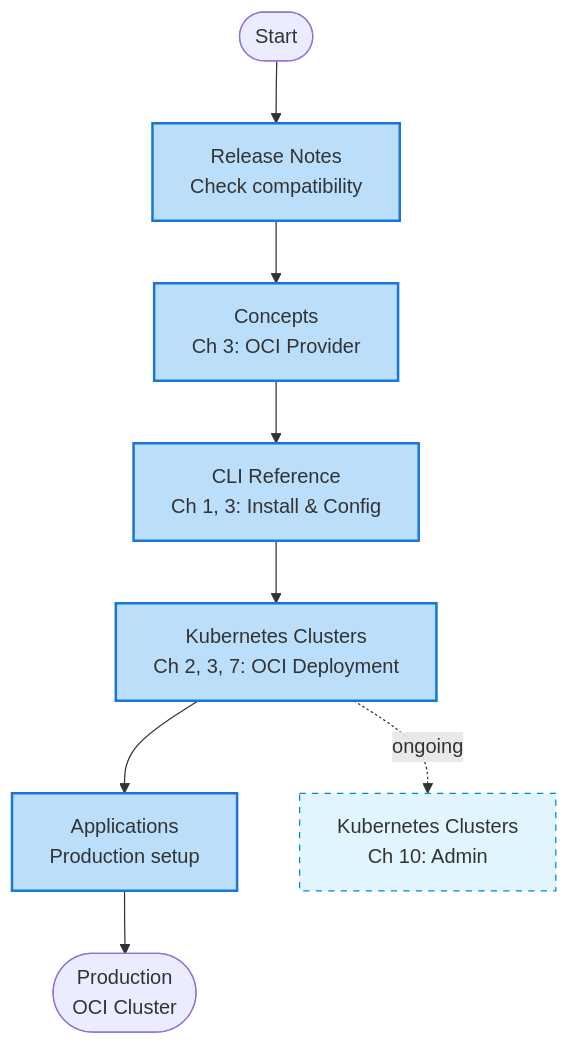
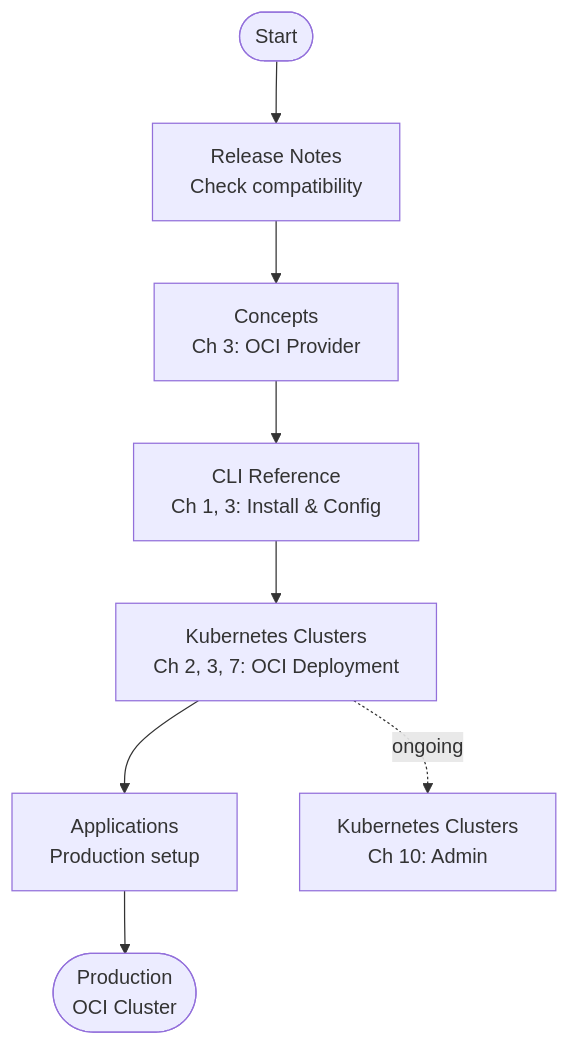
One commit to alison-holloway/alison-holloway.github.io changed the fourth of 8 diagrams in _portfolio/ocne2_information_architecture.md. Above: the diagram before and after it, drawn with Mermaid. The commit also changed other lines of this file and 3 other files, not shown here.

First line of the commit message:
Add Mermaid diagram formatting system and apply new template styling

````diff
--- a/_portfolio/ocne2_information_architecture.md
+++ b/_portfolio/ocne2_information_architecture.md
@@ -184,17 +143,12 @@
 ```mermaid
-%%{init: {"theme": "default"}}%%
 flowchart TB
-    Start([Start]) --> RN["Release Notes<br/>Check compatibility"]
-    RN --> CON["Concepts<br/>Ch 3: OCI Provider"]
-    CON --> CLI["CLI Reference<br/>Ch 1, 3: Install & Config"]
-    CLI --> KC["Kubernetes Clusters<br/>Ch 2, 3, 7: OCI Deployment"]
-    KC --> APP["Applications<br/>Production setup"]
-    APP --> Done([Production<br/>OCI Cluster])
-
-    KC -.->|"ongoing"| KC10["Kubernetes Clusters<br/>Ch 10: Admin"]
-
-    classDef path fill:#BBDEFB,stroke:#1976D2,stroke-width:2px
-    classDef ongoing fill:#E1F5FE,stroke:#0288D1,stroke-width:1px,stroke-dasharray:5 5
-    class RN,CON,CLI,KC,APP path
-    class KC10 ongoing
+  Start([Start]) --> RN["Release Notes<br/>Check compatibility"]
+  RN --> CON["Concepts<br/>Ch 3: OCI Provider"]
+  CON --> CLI["CLI Reference<br/>Ch 1, 3: Install & Config"]
+  CLI --> KC["Kubernetes Clusters<br/>Ch 2, 3, 7: OCI Deployment"]
+  KC --> APP["Applications<br/>Production setup"]
+  APP --> Done([Production<br/>OCI Cluster])
+  KC -.->|"ongoing"| KC10["Kubernetes Clusters<br/>Ch 10: Admin"]
+  classDef chapter fill:#fff,stroke:#F1D302,stroke-width:2px,color:#235789,font-size:16px,font-weight:bold;
+  classDef workflowNode fill:#fff,stroke:#C1292E,stroke-width:2px,color:#235789,font-size:16px,font-weight:bold;
 ```
````
